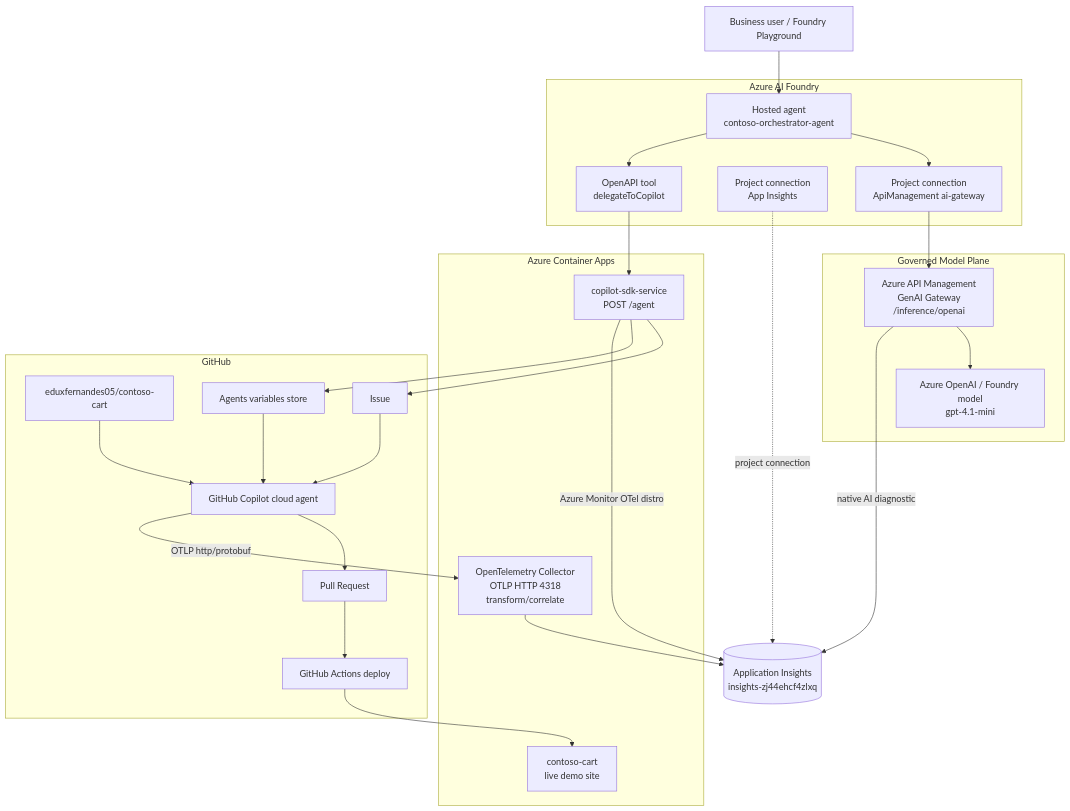
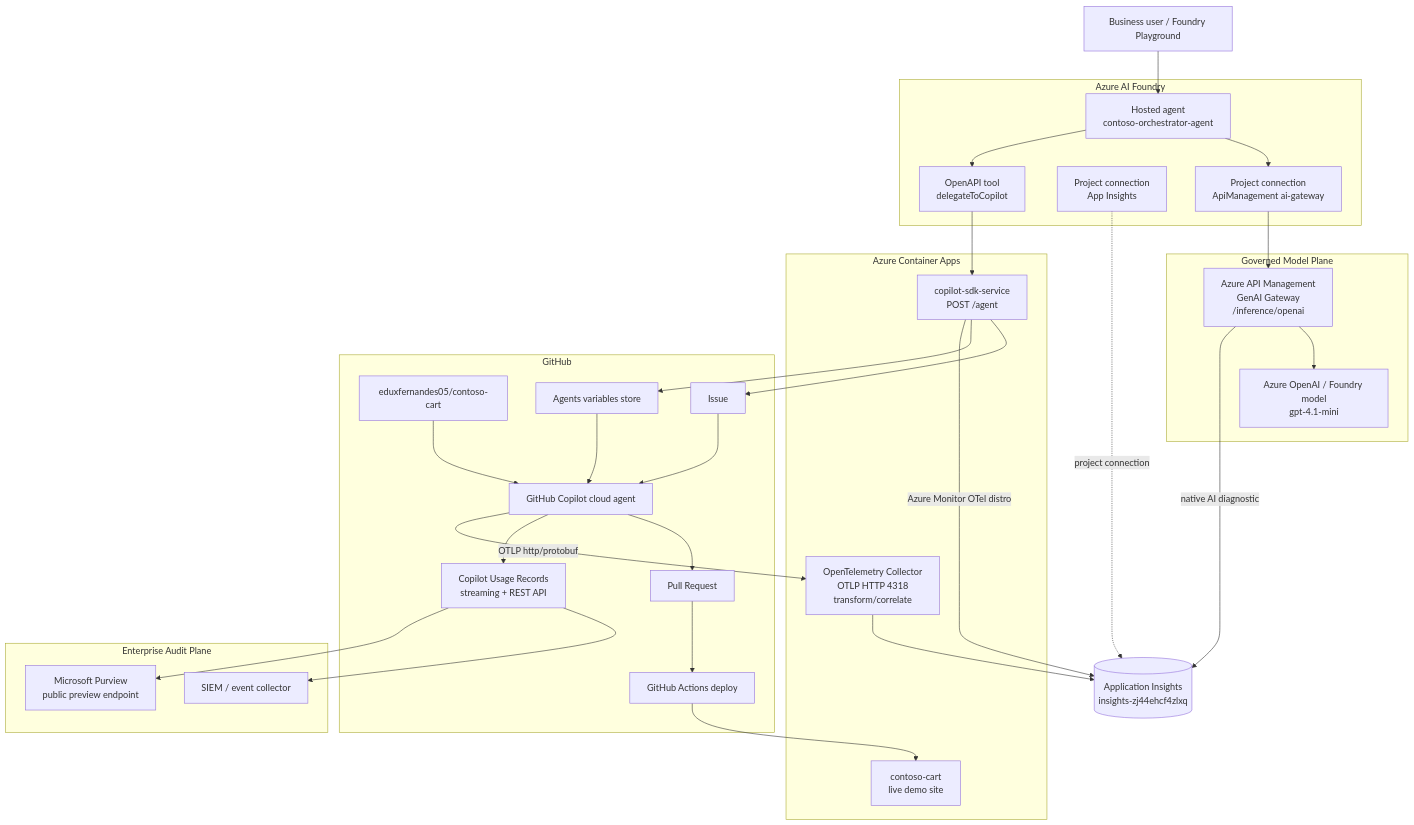
The first of 2 diagrams in README.md (eduxfernandes05/agentic-sdlc-azure), drawn with Mermaid before and after one commit. The commit also changed other lines of this file and 6 other files, not shown here.

Commit message:
Add Copilot usage records audit plane

````diff
--- a/README.md
+++ b/README.md
@@ -80,45 +82,54 @@
 ```mermaid
 flowchart TB
     User["Business user / Foundry Playground"]
 
     subgraph Foundry["Azure AI Foundry"]
         Agent["Hosted agent<br/>contoso-orchestrator-agent"]
         Tool["OpenAPI tool<br/>delegateToCopilot"]
         FoundryAI["Project connection<br/>App Insights"]
         FoundryAPIM["Project connection<br/>ApiManagement ai-gateway"]
     end
 
     subgraph Gateway["Governed Model Plane"]
         APIM["Azure API Management<br/>GenAI Gateway<br/>/inference/openai"]
         Model["Azure OpenAI / Foundry model<br/>gpt-4.1-mini"]
     end
 
     subgraph Runtime["Azure Container Apps"]
         API["copilot-sdk-service<br/>POST /agent"]
         Collector["OpenTelemetry Collector<br/>OTLP HTTP 4318<br/>transform/correlate"]
         Site["contoso-cart<br/>live demo site"]
     end
 
     subgraph GitHub["GitHub"]
         Repo["eduxfernandes05/contoso-cart"]
         Issue["Issue"]
         Vars["Agents variables store"]
         Cloud["GitHub Copilot cloud agent"]
+      Usage["Copilot Usage Records<br/>streaming + REST API"]
         PR["Pull Request"]
         Actions["GitHub Actions deploy"]
+    end
+
+    subgraph EnterpriseAudit["Enterprise Audit Plane"]
+      SIEM["SIEM / event collector"]
+      Purview["Microsoft Purview<br/>public preview endpoint"]
     end
 
     AI[("Application Insights<br/>insights-zj44ehcf4zlxq")]
 
     User --> Agent
     Agent --> FoundryAPIM --> APIM --> Model
     Agent --> Tool --> API
     API --> Issue --> Cloud --> PR --> Actions --> Site
     API --> Vars --> Cloud
     Repo --> Cloud
+    Cloud --> Usage
+    Usage --> SIEM
+    Usage --> Purview
 
     APIM -- "native AI diagnostic" --> AI
     API -- "Azure Monitor OTel distro" --> AI
     Cloud -- "OTLP http/protobuf" --> Collector --> AI
     FoundryAI -. "project connection" .-> AI
 ```
````
